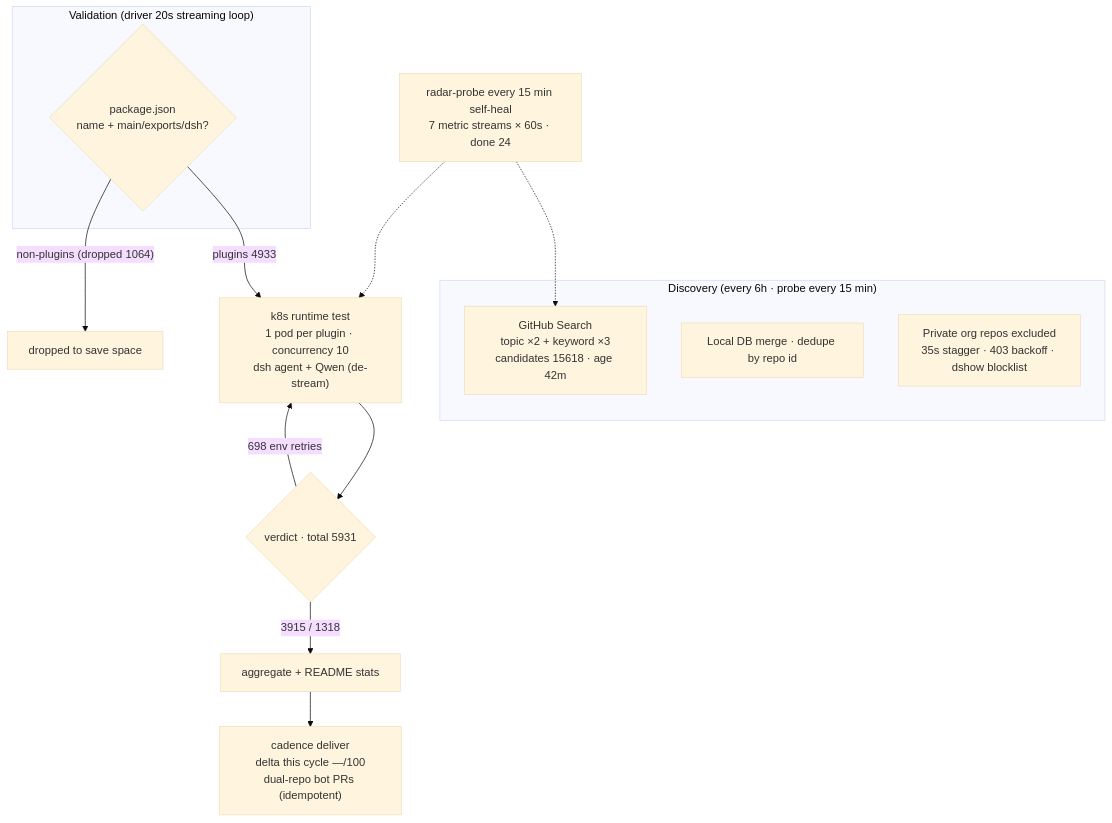
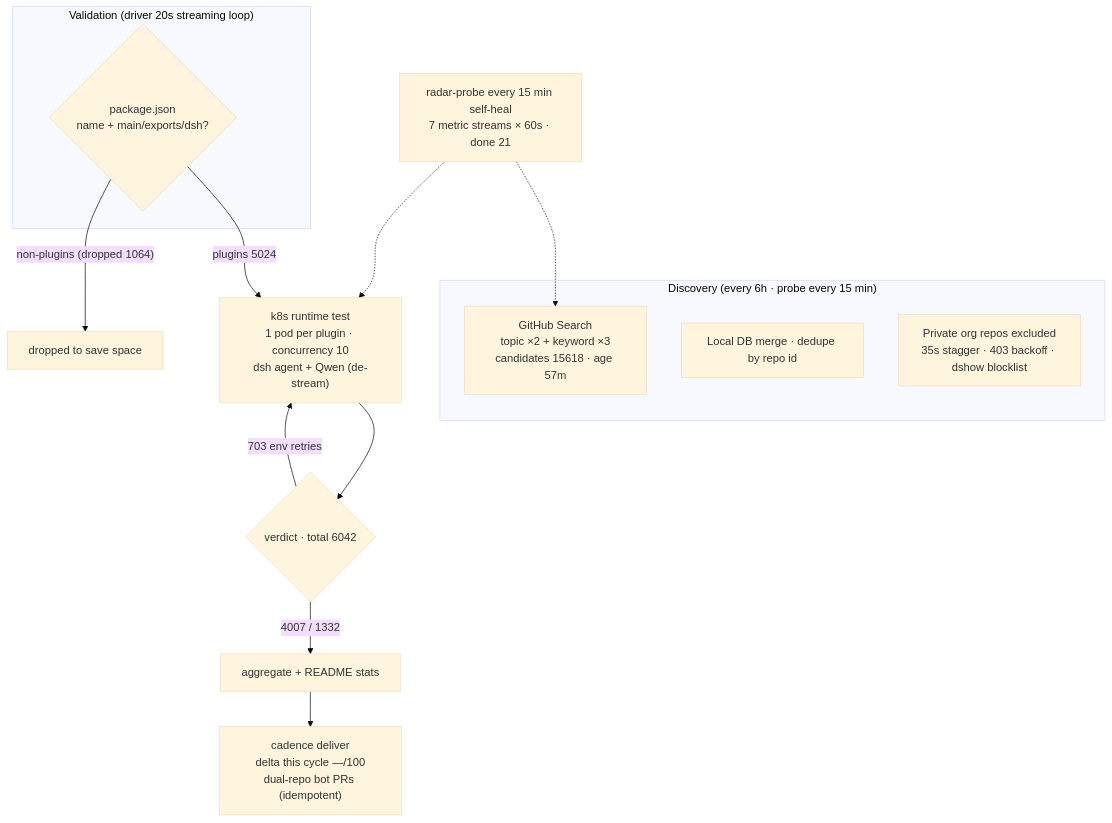
The diagram in README.en-US.md (AdamPlatin123/awesome-dsh-plugins), drawn with Mermaid (base theme) before and after one commit. The commit also changed other lines of this file and 5 other files, not shown here.

````diff
--- a/README.en-US.md
+++ b/README.en-US.md
@@ -30,20 +30,20 @@
 ```mermaid
 flowchart TB
     subgraph Discovery["Discovery (every 6h · probe every 15 min)"]
-        A1["GitHub Search<br/>topic ×2 + keyword ×3<br/>candidates 15618 · age 42m"]
+        A1["GitHub Search<br/>topic ×2 + keyword ×3<br/>candidates 15618 · age 57m"]
         A2["Local DB merge · dedupe by repo id"]
         A3["Private org repos excluded<br/>35s stagger · 403 backoff · dshow blocklist"]
     end
     subgraph Validation["Validation (driver 20s streaming loop)"]
         B1{"package.json<br/>name + main/exports/dsh?"}
     end
-    B1 -->|"plugins 4933"| C1["k8s runtime test<br/>1 pod per plugin · concurrency 10<br/>dsh agent + Qwen (de-stream)"]
+    B1 -->|"plugins 5024"| C1["k8s runtime test<br/>1 pod per plugin · concurrency 10<br/>dsh agent + Qwen (de-stream)"]
     B1 -->|"non-plugins (dropped 1064)"| B3["dropped to save space"]
-    C1 --> D1{"verdict · total 5931"}
-    D1 -->|"3915 / 1318"| E1["aggregate + README stats"]
-    D1 -->|"698 env retries"| C1
+    C1 --> D1{"verdict · total 6042"}
+    D1 -->|"4007 / 1332"| E1["aggregate + README stats"]
+    D1 -->|"703 env retries"| C1
     E1 --> E2["cadence deliver<br/>delta this cycle —/100<br/>dual-repo bot PRs (idempotent)"]
-    M["radar-probe every 15 min self-heal<br/>7 metric streams × 60s · done 24"]
+    M["radar-probe every 15 min self-heal<br/>7 metric streams × 60s · done 21"]
     M -.-> A1
     M -.-> C1
 ```
````
